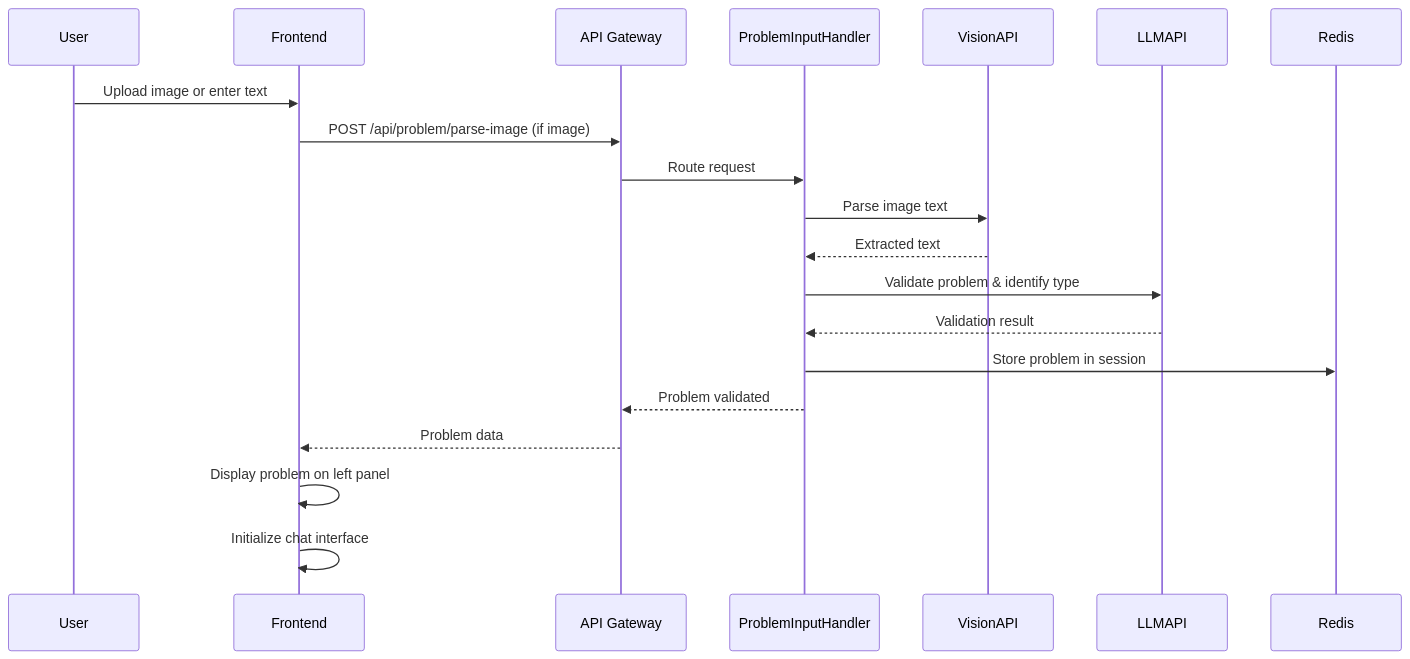
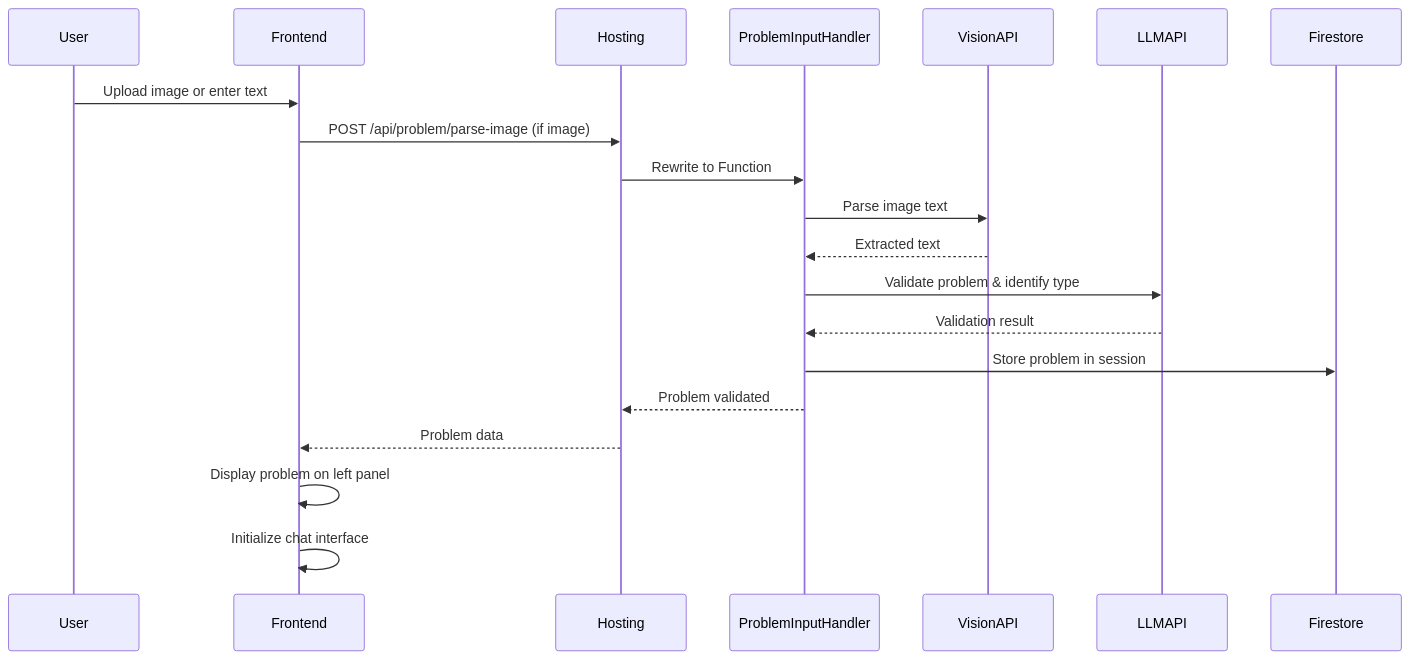
The third of 6 diagrams in docs/architecture.md (bluesam1/AI-Math-Tutor), drawn with Mermaid before and after one commit. The commit also changed other lines of this file and 42 other files, not shown here.

````diff
--- a/docs/architecture.md
+++ b/docs/architecture.md
@@ -1118,23 +1105,23 @@
 ```mermaid
 sequenceDiagram
     participant User
     participant Frontend
-    participant API Gateway
+    participant Hosting
     participant ProblemInputHandler
     participant VisionAPI
     participant LLMAPI
-    participant Redis
+    participant Firestore
 
     User->>Frontend: Upload image or enter text
-    Frontend->>API Gateway: POST /api/problem/parse-image (if image)
-    API Gateway->>ProblemInputHandler: Route request
+    Frontend->>Hosting: POST /api/problem/parse-image (if image)
+    Hosting->>ProblemInputHandler: Rewrite to Function
     ProblemInputHandler->>VisionAPI: Parse image text
     VisionAPI-->>ProblemInputHandler: Extracted text
     ProblemInputHandler->>LLMAPI: Validate problem & identify type
     LLMAPI-->>ProblemInputHandler: Validation result
-    ProblemInputHandler->>Redis: Store problem in session
-    ProblemInputHandler-->>API Gateway: Problem validated
-    API Gateway-->>Frontend: Problem data
+    ProblemInputHandler->>Firestore: Store problem in session
+    ProblemInputHandler-->>Hosting: Problem validated
+    Hosting-->>Frontend: Problem data
     Frontend->>Frontend: Display problem on left panel
     Frontend->>Frontend: Initialize chat interface
 ```
````
